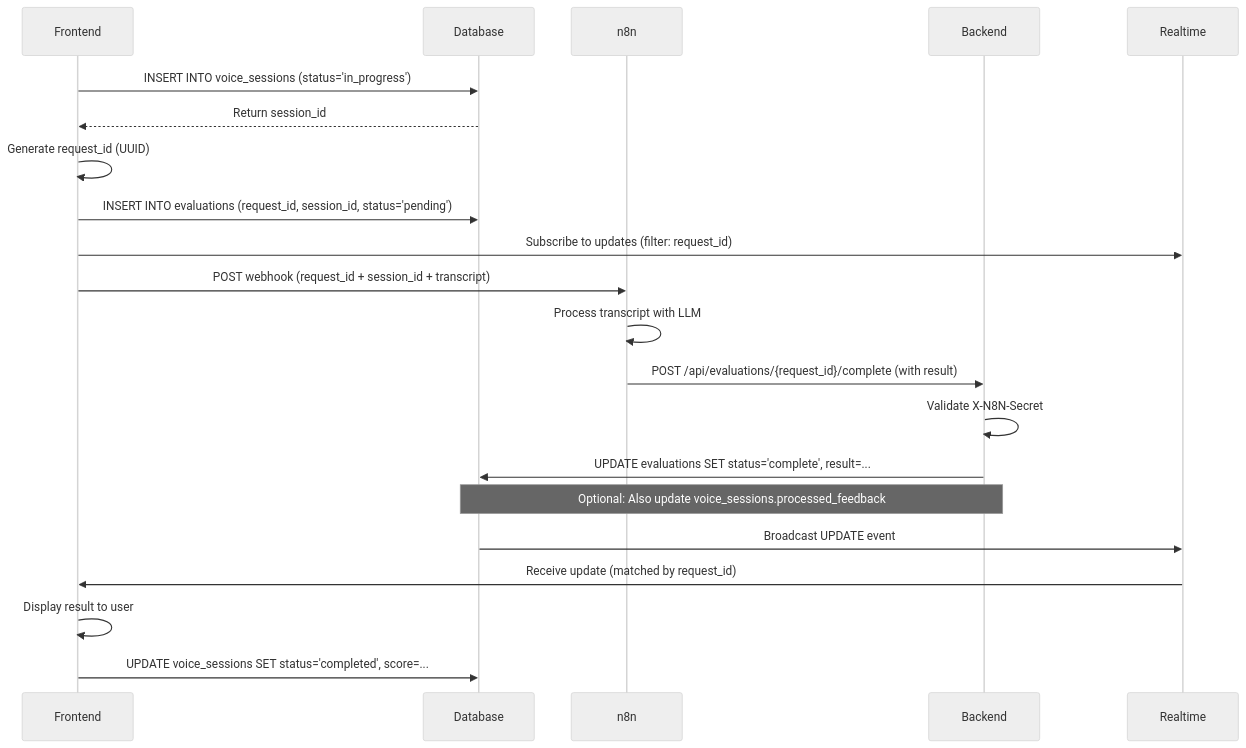
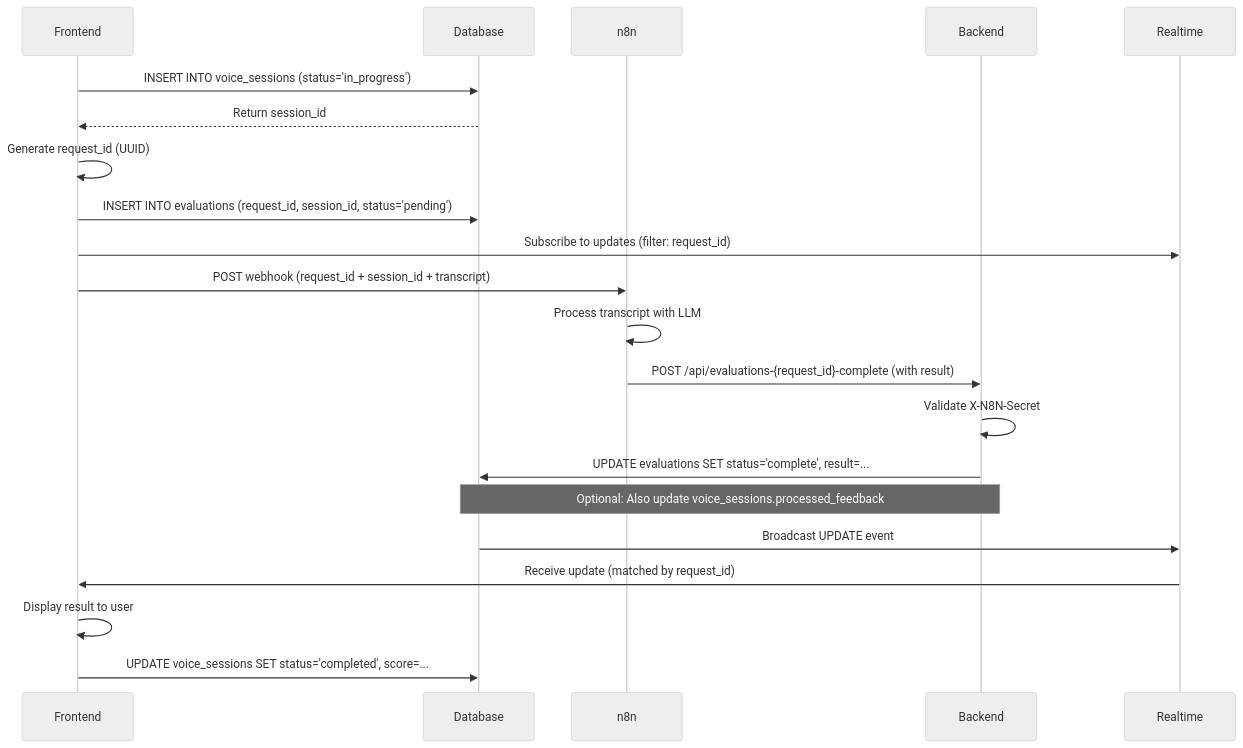
One commit to Sixale730/maity changed the second of 2 diagrams in docs/n8n-evaluation-integration.md. Above: the diagram before and after it, drawn with Mermaid (neutral theme). The commit also changed other lines of this file and 2 other files, not shown here.

````diff
--- a/docs/n8n-evaluation-integration.md
+++ b/docs/n8n-evaluation-integration.md
@@ -410,24 +419,24 @@
 ```mermaid
 sequenceDiagram
     participant Frontend
     participant Database
     participant n8n
     participant Backend
     participant Realtime
 
     Frontend->>Database: INSERT INTO voice_sessions (status='in_progress')
     Database-->>Frontend: Return session_id
     Frontend->>Frontend: Generate request_id (UUID)
     Frontend->>Database: INSERT INTO evaluations (request_id, session_id, status='pending')
     Frontend->>Realtime: Subscribe to updates (filter: request_id)
     Frontend->>n8n: POST webhook (request_id + session_id + transcript)
     n8n->>n8n: Process transcript with LLM
-    n8n->>Backend: POST /api/evaluations/{request_id}/complete (with result)
+    n8n->>Backend: POST /api/evaluations-{request_id}-complete (with result)
     Backend->>Backend: Validate X-N8N-Secret
     Backend->>Database: UPDATE evaluations SET status='complete', result=...
     Note over Backend,Database: Optional: Also update voice_sessions.processed_feedback
     Database->>Realtime: Broadcast UPDATE event
     Realtime->>Frontend: Receive update (matched by request_id)
     Frontend->>Frontend: Display result to user
     Frontend->>Database: UPDATE voice_sessions SET status='completed', score=...
 ```
````
